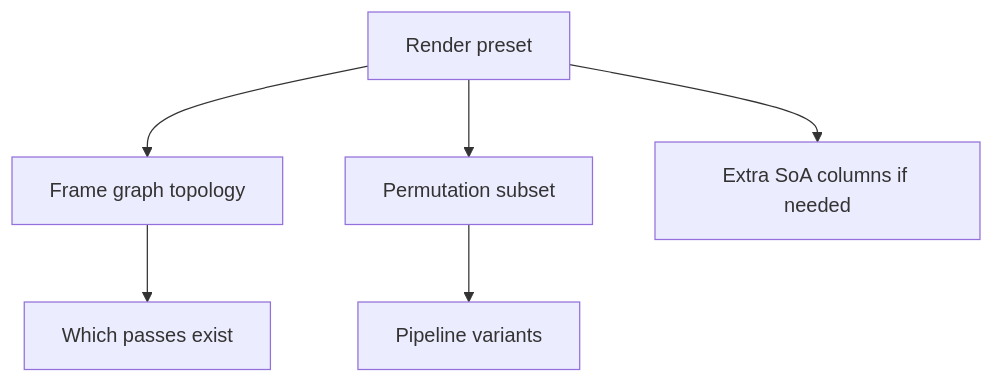
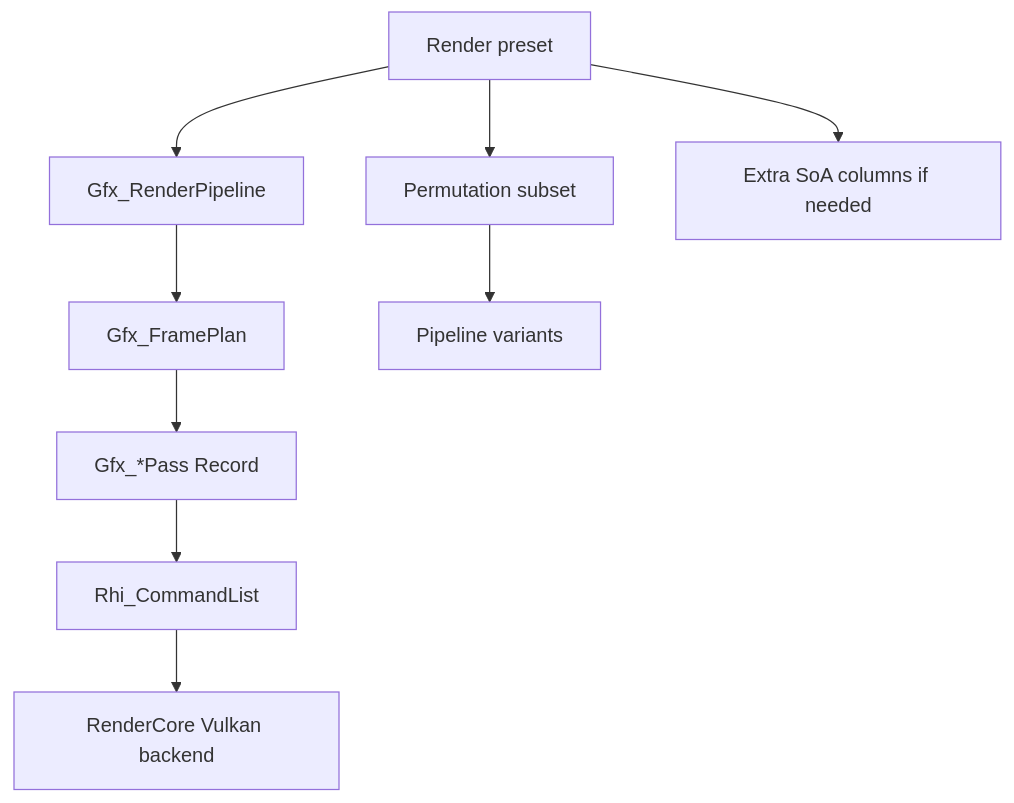
One commit to PluseggWill/SiriusEngine_VulkanReboot changed diagram 13 of 13 in Docs/EngineArchitecture.md. Above: the diagram before and after it, drawn with Mermaid. The commit also changed other lines of this file and 16 other files, not shown here.

First line of the commit message:
[VulkanDesktop] Add opaque Rhi layer and expand GPU command surface.

````diff
--- a/Docs/EngineArchitecture.md
+++ b/Docs/EngineArchitecture.md
@@ -403,9 +422,12 @@
 ```mermaid
 flowchart TB
   PRE[Render preset]
-  PRE --> FGTOP[Frame graph topology]
+  PRE --> PIPE[Gfx_RenderPipeline]
+  PIPE --> PLAN[Gfx_FramePlan]
+  PLAN --> GPASS[Gfx_*Pass Record]
+  GPASS --> RHI[Rhi_CommandList]
+  RHI --> VK[RenderCore Vulkan backend]
   PRE --> PERM[Permutation subset]
   PRE --> COL[Extra SoA columns if needed]
-  FGTOP --> PASSES[Which passes exist]
   PERM --> PIPES[Pipeline variants]
 ```
````
